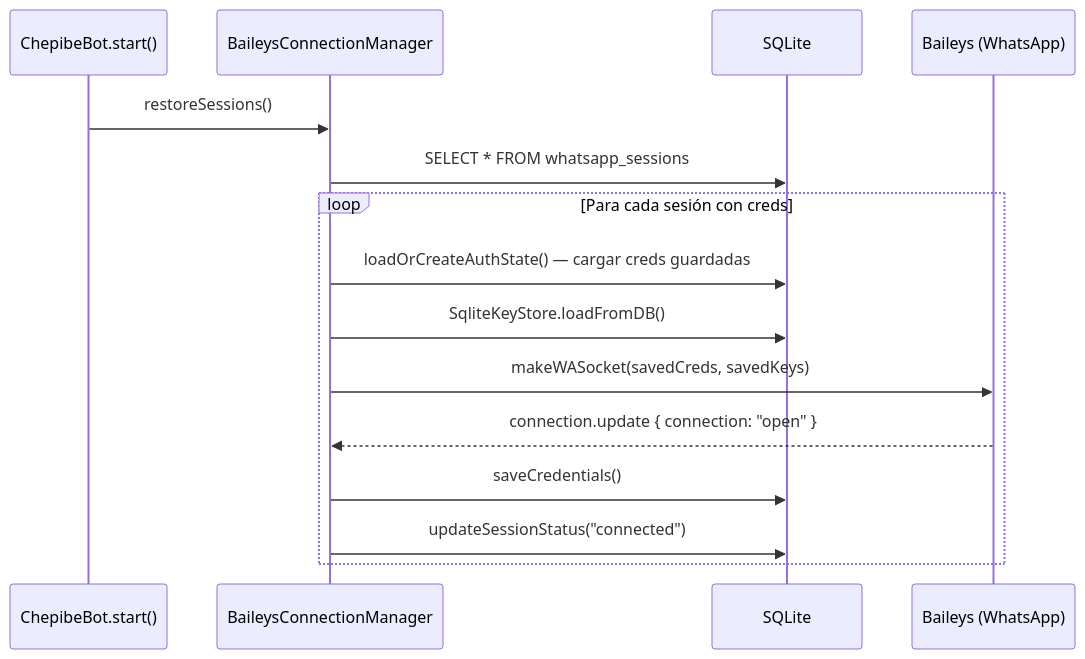
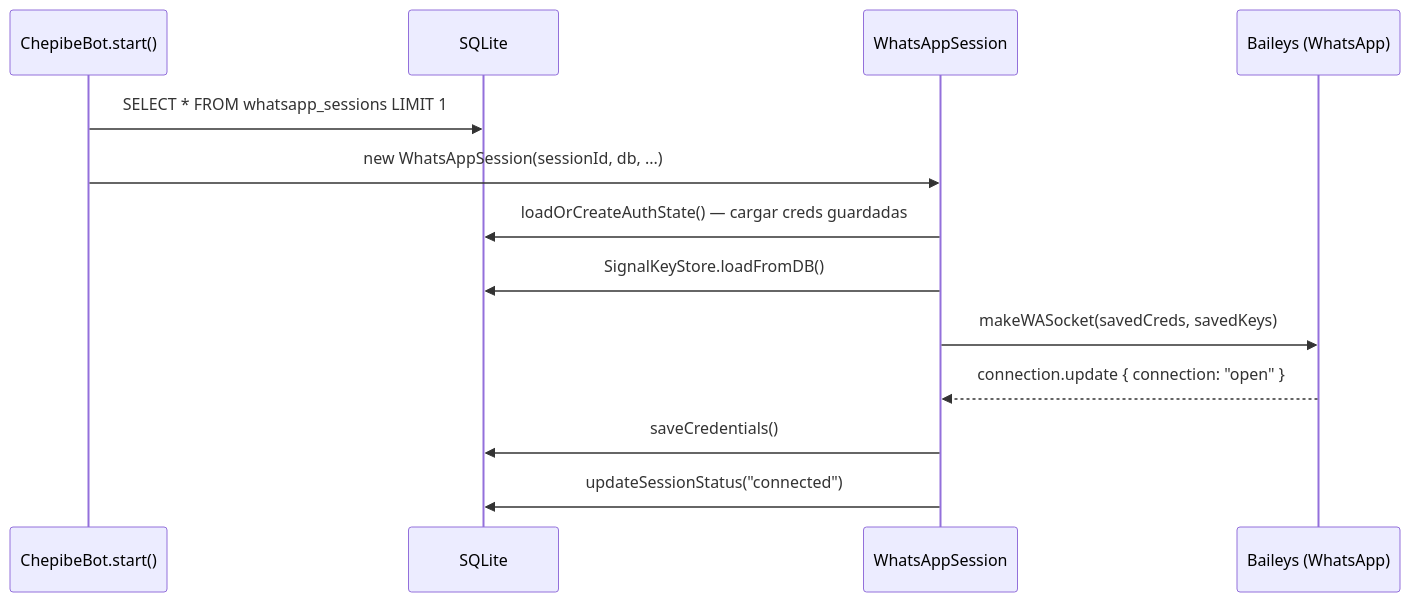
The fifth of 9 diagrams in docs/whatsapp-session-lifecycle.md (Fibra-Labs/chepibe-personal), drawn with Mermaid before and after one commit. The commit also changed other lines of this file and 41 other files, not shown here.

First line of the commit message:
refactor(types): SessionStatus enum, Baileys namespace, StateMachineAction

````diff
--- a/docs/whatsapp-session-lifecycle.md
+++ b/docs/whatsapp-session-lifecycle.md
@@ -154,18 +147,16 @@
 ```mermaid
 sequenceDiagram
     participant BOT as ChepibeBot.start()
-    participant MGR as BaileysConnectionManager
     participant DB as SQLite
+    participant WS as WhatsAppSession
     participant BA as Baileys (WhatsApp)
 
-    BOT->>MGR: restoreSessions()
-    MGR->>DB: SELECT * FROM whatsapp_sessions
-    loop Para cada sesión con creds
-        MGR->>DB: loadOrCreateAuthState() — cargar creds guardadas
-        MGR->>DB: SqliteKeyStore.loadFromDB()
-        MGR->>BA: makeWASocket(savedCreds, savedKeys)
-        BA-->>MGR: connection.update { connection: "open" }
-        MGR->>DB: saveCredentials()
-        MGR->>DB: updateSessionStatus("connected")
-    end
+    BOT->>DB: SELECT * FROM whatsapp_sessions LIMIT 1
+    BOT->>WS: new WhatsAppSession(sessionId, db, ...)
+    WS->>DB: loadOrCreateAuthState() — cargar creds guardadas
+    WS->>DB: SignalKeyStore.loadFromDB()
+    WS->>BA: makeWASocket(savedCreds, savedKeys)
+    BA-->>WS: connection.update { connection: "open" }
+    WS->>DB: saveCredentials()
+    WS->>DB: updateSessionStatus("connected")
 ```
````
